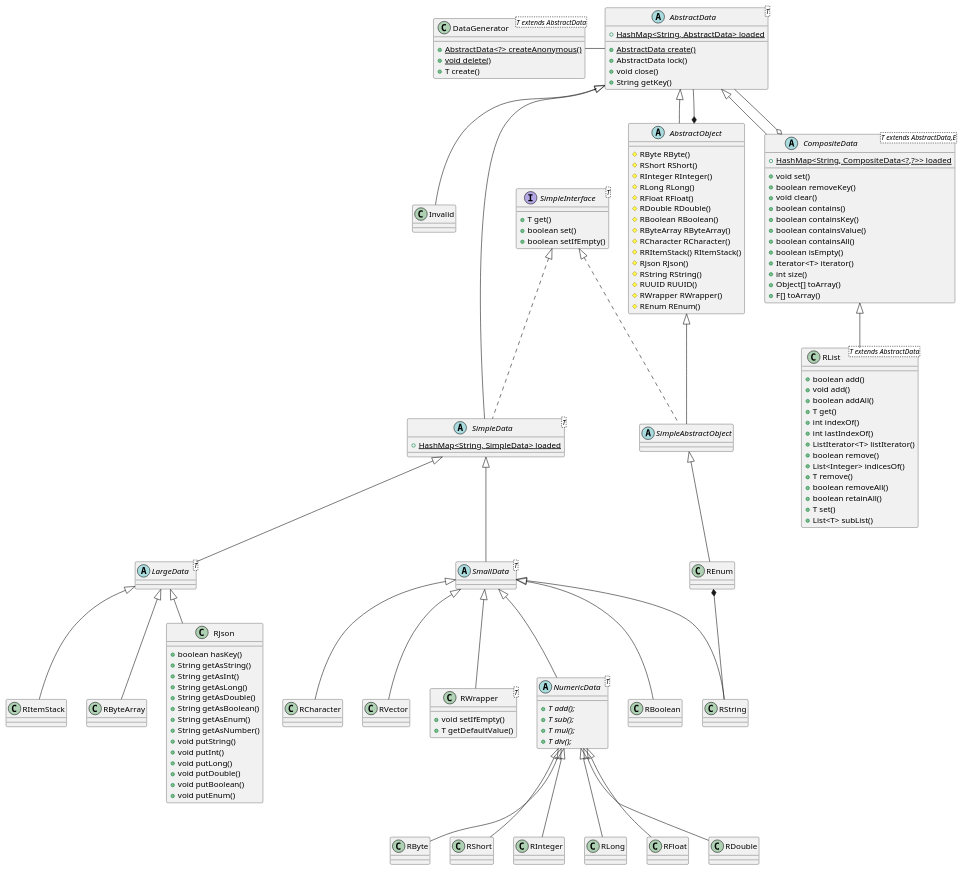
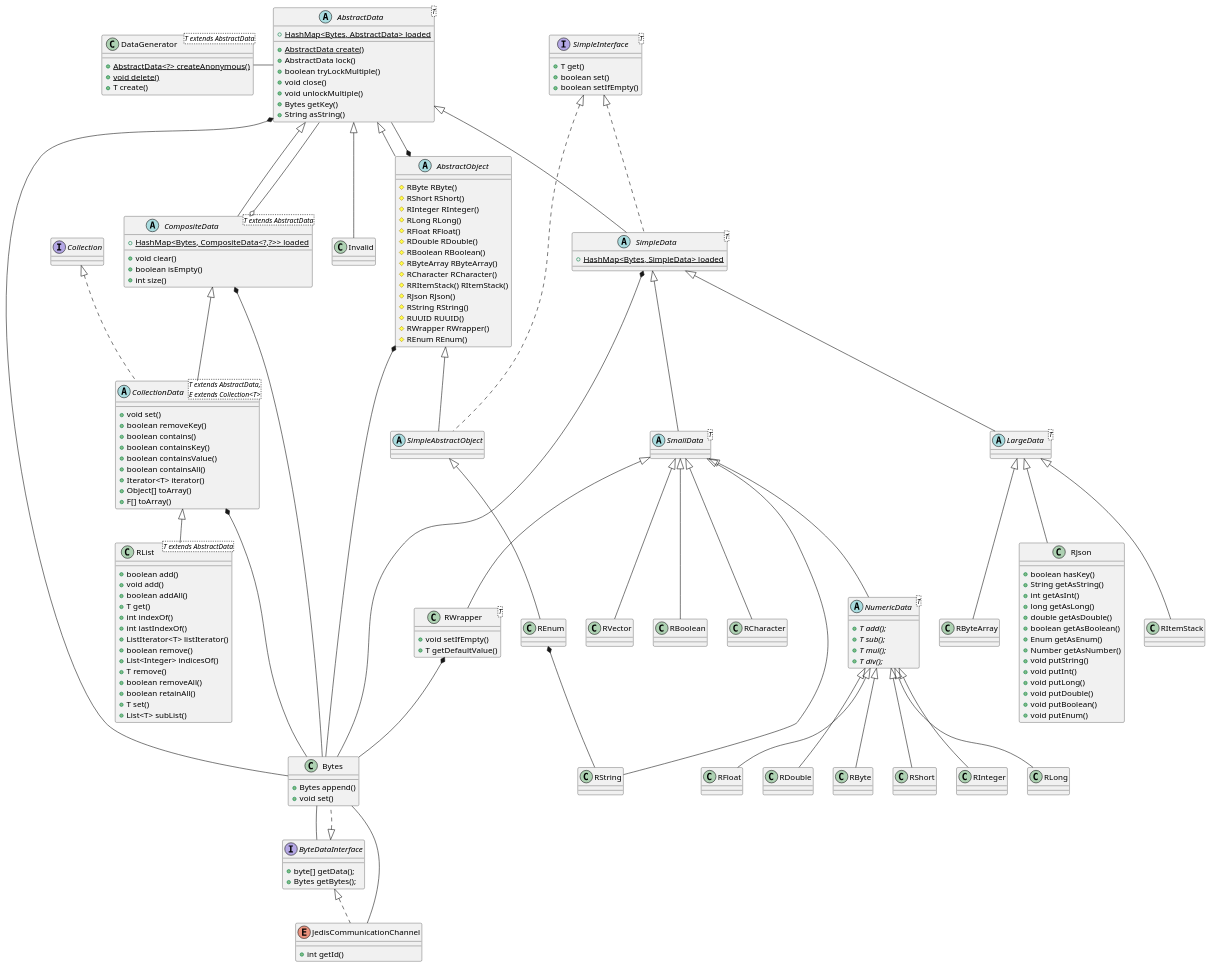
Before and after one commit to chrisb09/firecord: the diagram in DataTypes.puml, drawn with PlantUML. The commit also changed 1 other file, not shown here.

Commit message:
update DataTypes diagram somewhat

```diff
--- a/DataTypes.puml
+++ b/DataTypes.puml
@@ -8,12 +8,30 @@
     + boolean setIfEmpty()
 }
 
+interface ByteDataInterface {
+    + byte[] getData();
+    + Bytes getBytes();
+}
+
+class Bytes implements ByteDataInterface {
+    + Bytes append()
+    + void set()
+}
+
+enum JedisCommunicationChannel implements ByteDataInterface {
+    + int getId()
+}
+
+
 abstract AbstractData <T> {
-    + {static} HashMap<String, AbstractData> loaded
+    + {static} HashMap<Bytes, AbstractData> loaded
     + {static} AbstractData create()
     + AbstractData lock()
+    + boolean tryLockMultiple()
     + void close()
-    + String getKey()
+    + void unlockMultiple()
+    + Bytes getKey()
+    + String asString()
 }
 
 abstract SmallData <T> extends SimpleData {
@@ -25,7 +43,7 @@
 }
 
 abstract SimpleData<T> extends AbstractData implements SimpleInterface {
-    + {static} HashMap<String, SimpleData> loaded
+    + {static} HashMap<Bytes, SimpleData> loaded
 }
 
 class Invalid extends AbstractData {
@@ -96,12 +114,12 @@
 class RJson extends LargeData {
     + boolean hasKey()
     + String getAsString()
-    + String getAsInt()
-    + String getAsLong()
-    + String getAsDouble()
-    + String getAsBoolean()
-    + String getAsEnum()
-    + String getAsNumber()
+    + int getAsInt()
+    + long getAsLong()
+    + double getAsDouble()
+    + boolean getAsBoolean()
+    + Enum getAsEnum()
+    + Number getAsNumber()
     + void putString()
     + void putInt()
     + void putLong()
@@ -111,23 +129,26 @@
 }
 
 
-abstract CompositeData <T extends AbstractData,E> extends AbstractData {
-    + {static} HashMap<String, CompositeData<?,?>> loaded
+abstract CompositeData <T extends AbstractData> extends AbstractData {
+    + {static} HashMap<Bytes, CompositeData<?,?>> loaded
+    + void clear()
+    + boolean isEmpty()
+    + int size()
+}
+
+abstract CollectionData <T extends AbstractData,\nE extends Collection<T>> extends CompositeData implements Collection {
     + void set()
     + boolean removeKey()
-    + void clear()
     + boolean contains()
     + boolean containsKey()
     + boolean containsValue()
     + boolean containsAll()
-    + boolean isEmpty()
     + Iterator<T> iterator()
-    + int size()
     + Object[] toArray()
     + F[] toArray()
 }
 
-class RList <T extends AbstractData> extends CompositeData {
+class RList <T extends AbstractData> extends CollectionData {
     + boolean add()
     + void add()
     + boolean addAll()
@@ -188,4 +209,16 @@
 
 
 
+AbstractData *-- Bytes
+CompositeData *-- Bytes
+CollectionData *-- Bytes
+AbstractObject *-- Bytes
+RWrapper *-- Bytes
+SimpleData *-- Bytes
+
+Bytes -- ByteDataInterface
+Bytes -- JedisCommunicationChannel
+
+
+
 @enduml
```
